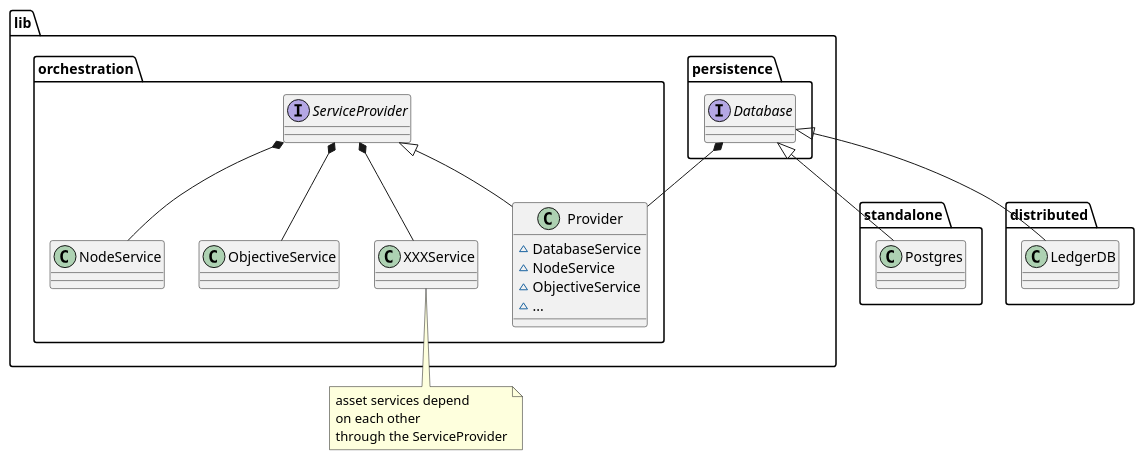
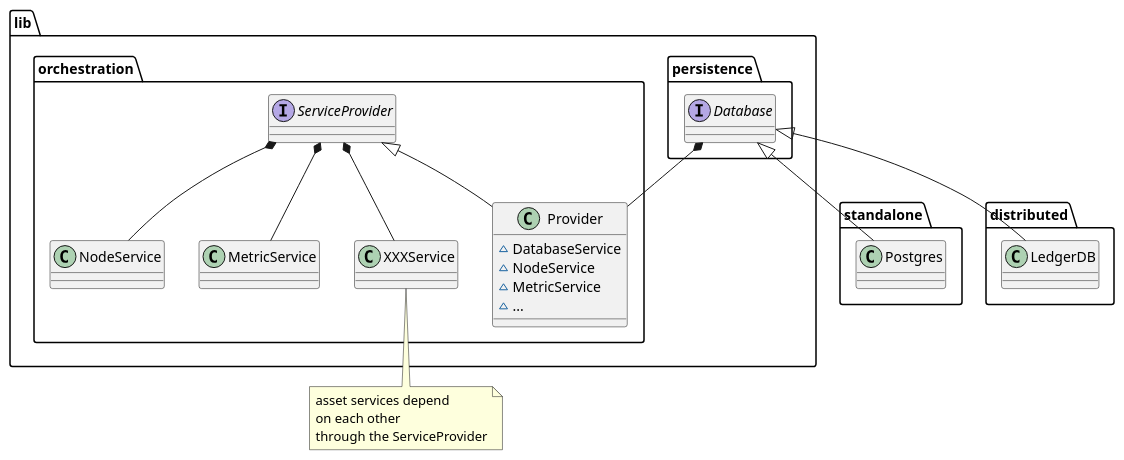
Before and after one commit to Substra/orchestrator: the diagram in docs/schemas/orchestration.plantuml, drawn with PlantUML. The commit also changed 66 other files, not shown here.

Commit message:
feat: Replace objective by metric. (#356)

```diff
--- a/docs/schemas/orchestration.plantuml
+++ b/docs/schemas/orchestration.plantuml
@@ -1,26 +1,26 @@
 @startuml
 
 interface lib.persistence.Database
 lib.persistence.Database <|-- standalone.Postgres
 lib.persistence.Database <|-- distributed.LedgerDB
 
 lib.persistence.Database *-- lib.orchestration.Provider
 interface lib.orchestration.ServiceProvider
 class lib.orchestration.Provider {
   ~DatabaseService
   ~NodeService
-  ~ObjectiveService
+  ~MetricService
   ~...
 }
 lib.orchestration.ServiceProvider <|-- lib.orchestration.Provider
 
 lib.orchestration.ServiceProvider *-- lib.orchestration.NodeService
-lib.orchestration.ServiceProvider *-- lib.orchestration.ObjectiveService
+lib.orchestration.ServiceProvider *-- lib.orchestration.MetricService
 lib.orchestration.ServiceProvider *-- lib.orchestration.XXXService
 note bottom
 asset services depend
 on each other
 through the ServiceProvider
 end note
 
 @enduml
```
